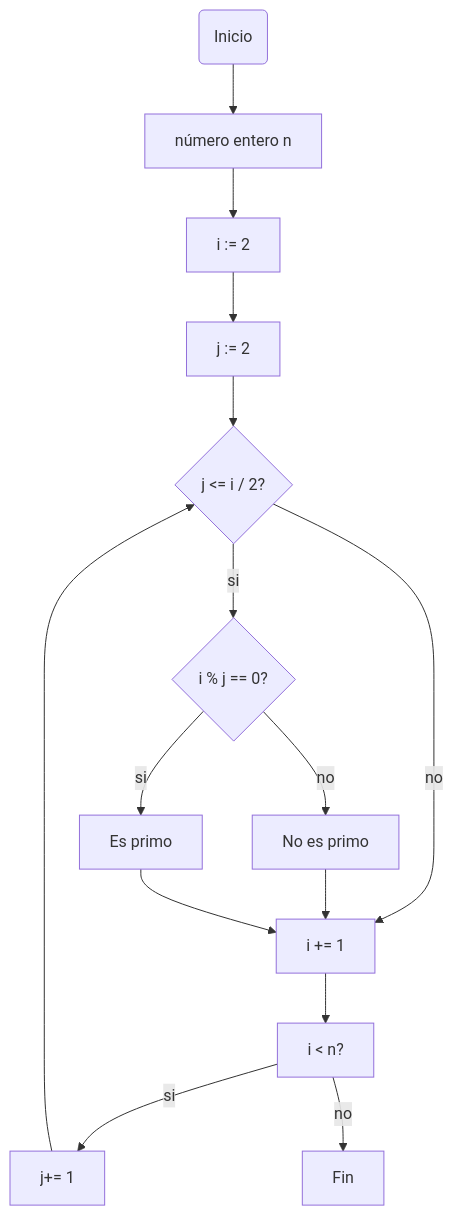
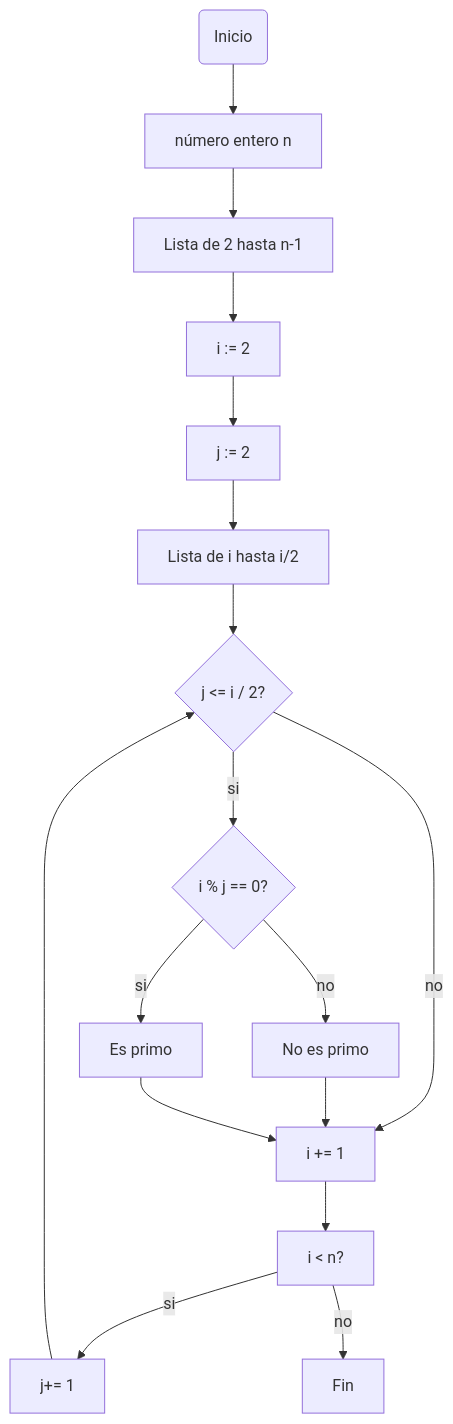
One commit to SebastianCespedes12/Repo_2 changed the first of 2 diagrams in README.md. Above: the diagram before and after it, drawn with Mermaid. The commit also changed other lines of this file, not shown here.

````diff
--- a/README.md
+++ b/README.md
@@ -24,17 +24,19 @@
 ```mermaid
 flowchart TD
 A(Inicio)-->B[número entero n]
-B-->C[i := 2]
+B-->M[Lista de 2 hasta n-1]
+M-->C[i := 2] 
 C-->D[j := 2]
-D-->E{j <= i / 2?}
+D-->N[Lista de i hasta i/2]
+N-->E{j <= i / 2?}
 E-->|si|F{i % j == 0?}
 E-->|no|I
 F-->|no|G[No es primo]
 F-->|si|H[Es primo]
 G-->I[i += 1]
 H-->I
 I-->J[i < n?]
 J-->|si|K[j+= 1]
 K-->E
 J-->|no|L[Fin]
 ```
````
